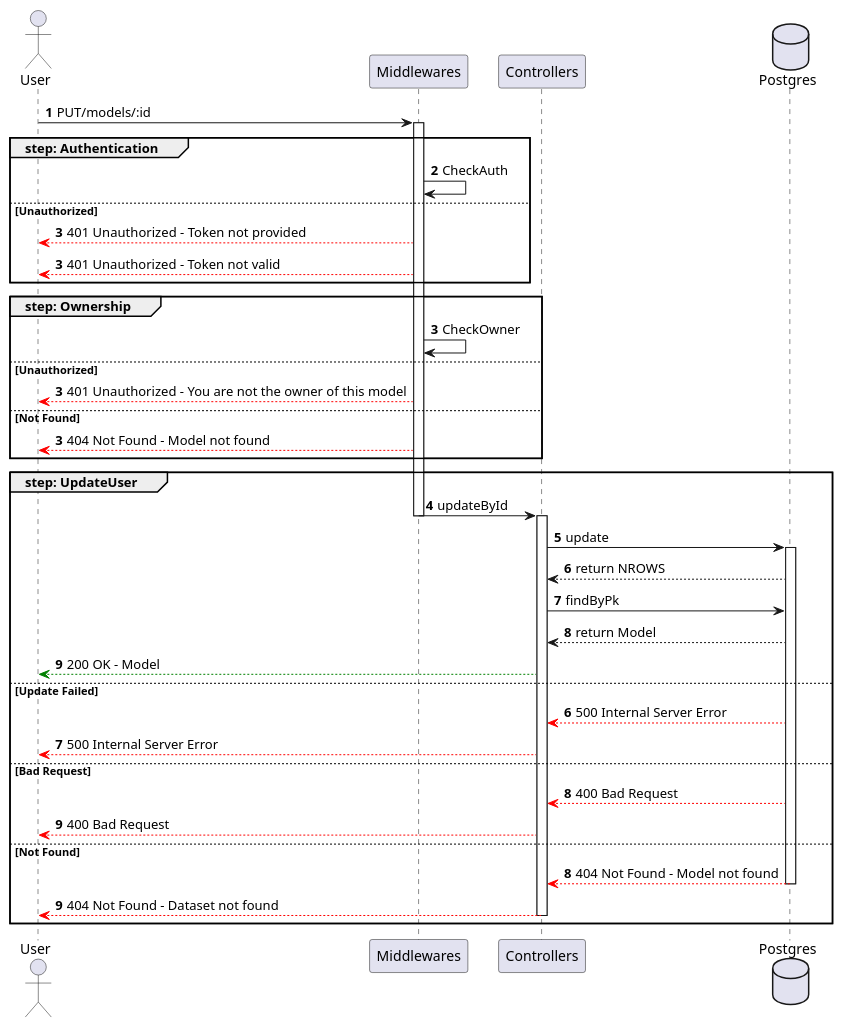
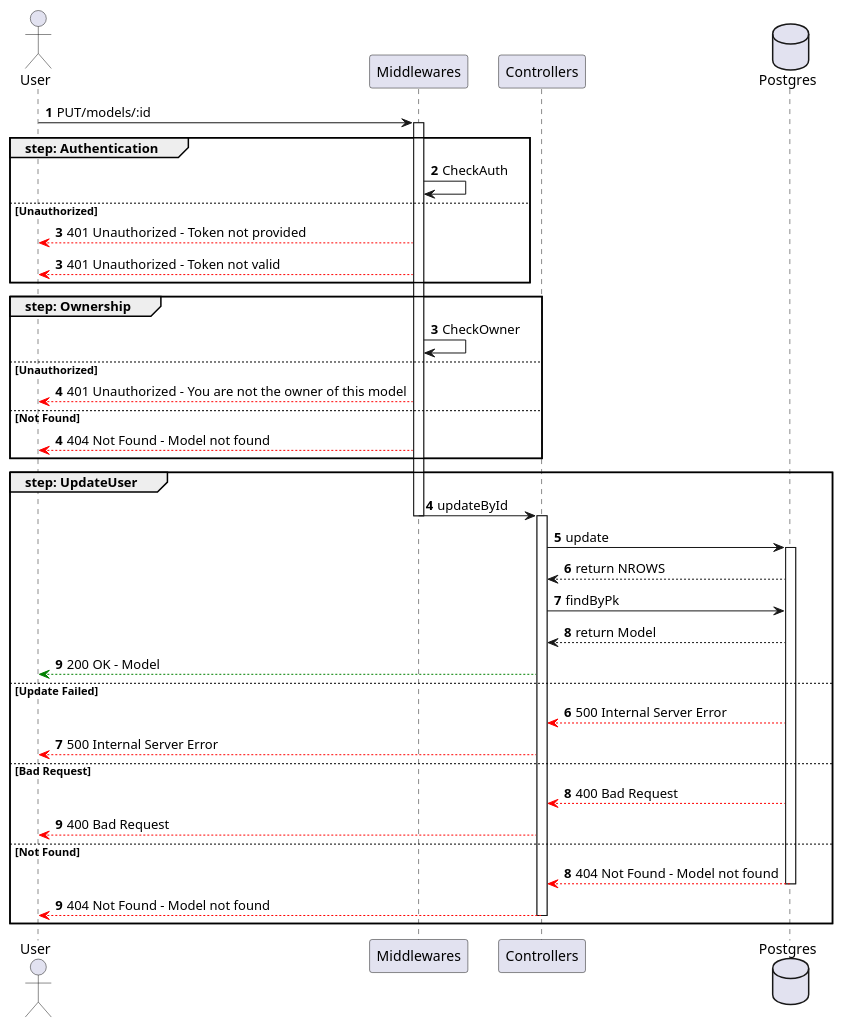
One commit to ShadowWalker1411/ProgrammazioneAvanzataREPO changed the diagram in sequence_diagrams/UpdateModel.puml. Above: the diagram before and after it, drawn with PlantUML. The commit also changed 3 other files, not shown here.

```diff
--- a/sequence_diagrams/UpdateModel.puml
+++ b/sequence_diagrams/UpdateModel.puml
@@ -1,53 +1,53 @@
 @startuml updateModel
 
 actor User
 participant Middlewares
 participant Controllers
 database Postgres
 
 autonumber
 User -> Middlewares ++: PUT/models/:id
 
 group step: Authentication
     Middlewares -> Middlewares : CheckAuth
 else Unauthorized
     autonumber 3
     Middlewares --[#red]> User : 401 Unauthorized - Token not provided
     autonumber 3
     Middlewares --[#red]> User : 401 Unauthorized - Token not valid
 end
 
 group step: Ownership
     autonumber 3
     Middlewares -> Middlewares : CheckOwner
 else Unauthorized
-    autonumber 3
+    autonumber 4
     Middlewares --[#red]> User : 401 Unauthorized - You are not the owner of this model
 else Not Found
-    autonumber 3
+    autonumber 4
     Middlewares --[#red]> User : 404 Not Found - Model not found
 end
 
 group step: UpdateUser
     autonumber 4
     Middlewares -> Controllers --++: updateById
     Controllers -> Postgres ++: update
     Postgres --> Controllers: return NROWS
     Controllers -> Postgres : findByPk
     Postgres --> Controllers: return Model
     Controllers --[#green]> User : 200 OK - Model
 else Update Failed
     autonumber 6
     Postgres --[#red]> Controllers : 500 Internal Server Error
     Controllers --[#red]> User : 500 Internal Server Error
 else Bad Request
     autonumber 8
     Postgres --[#red]> Controllers : 400 Bad Request
     Controllers --[#red]> User : 400 Bad Request
 else Not Found
     autonumber 8
     Postgres --[#red]> Controllers --: 404 Not Found - Model not found
-    Controllers --[#red]> User --: 404 Not Found - Dataset not found
+    Controllers --[#red]> User --: 404 Not Found - Model not found
 end
 
 @enduml
```
